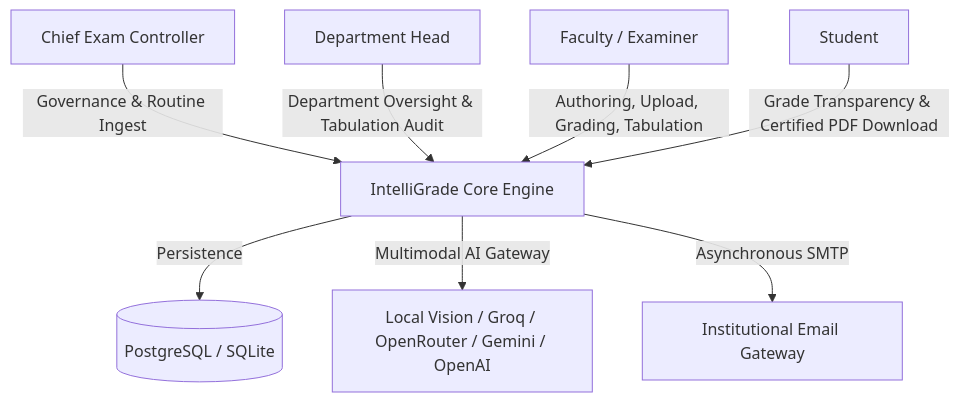
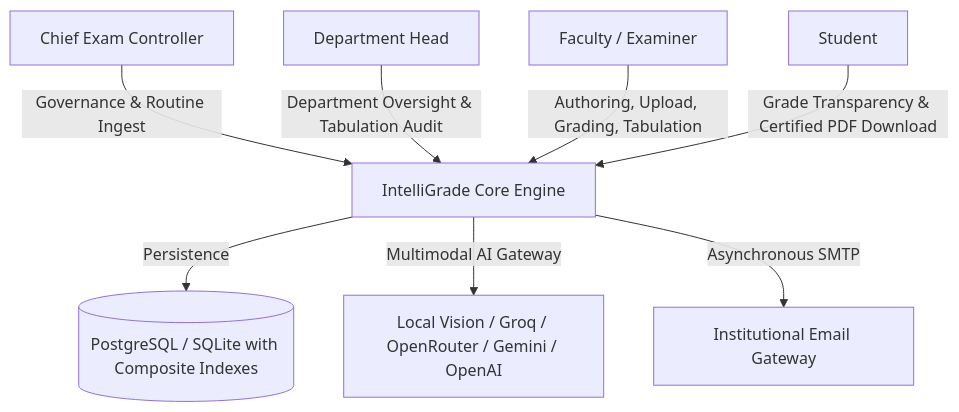
Before and after one commit to hijbullahx/IntelliGrade: the diagram in docs/01-requirements/12-software-requirements-specification.md, drawn with Mermaid. The commit also changed other lines of this file and 18 other files, not shown here.

Commit message:
docs: initialize project documentation suite including system architecture, requirements, and workflow design

````diff
--- a/docs/01-requirements/12-software-requirements-specification.md
+++ b/docs/01-requirements/12-software-requirements-specification.md
@@ -36,10 +38,10 @@
 ```mermaid
 graph TD
     A[Chief Exam Controller] -->|Governance & Routine Ingest| D[IntelliGrade Core Engine]
     B[Department Head] -->|Department Oversight & Tabulation Audit| D
     C[Faculty / Examiner] -->|Authoring, Upload, Grading, Tabulation| D
     E[Student] -->|Grade Transparency & Certified PDF Download| D
-    D -->|Persistence| F[(PostgreSQL / SQLite)]
+    D -->|Persistence| F[(PostgreSQL / SQLite with Composite Indexes)]
     D -->|Multimodal AI Gateway| G[Local Vision / Groq / OpenRouter / Gemini / OpenAI]
     D -->|Asynchronous SMTP| H[Institutional Email Gateway]
 ```
````
